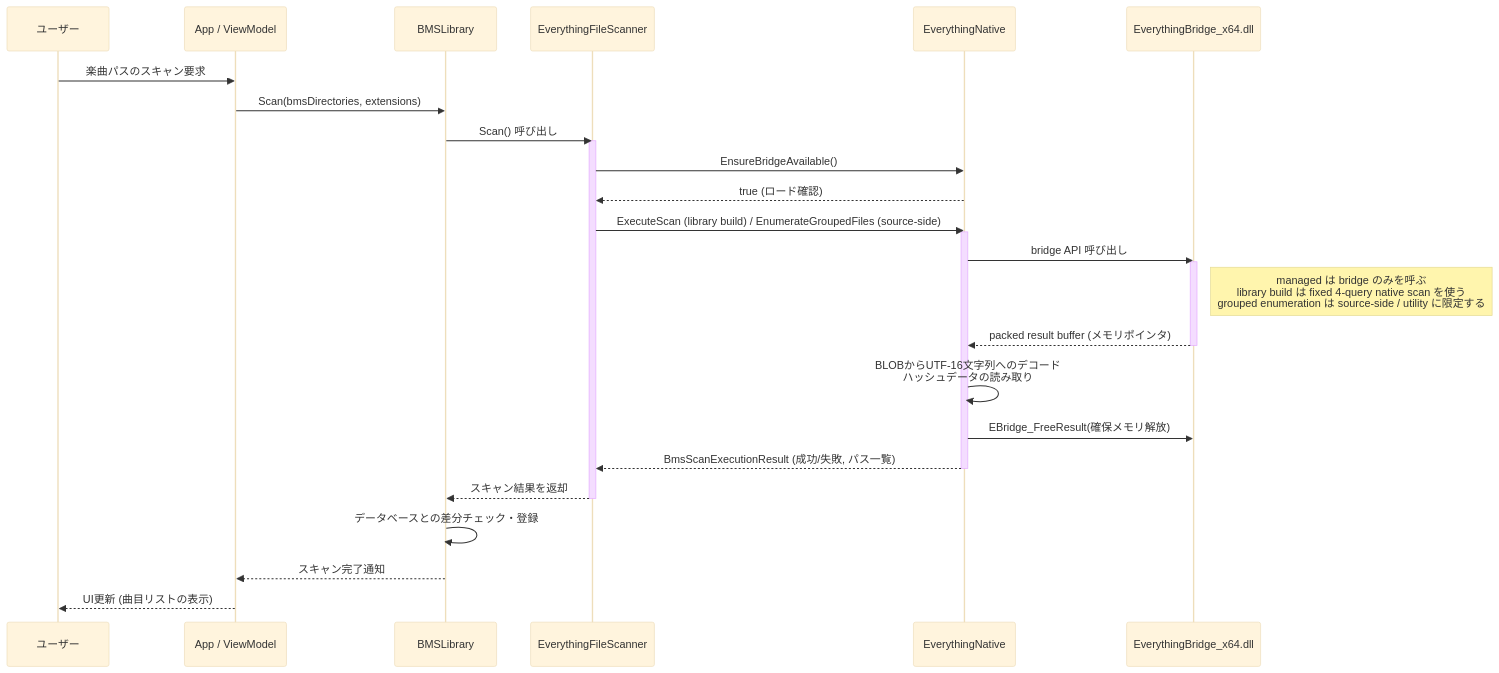
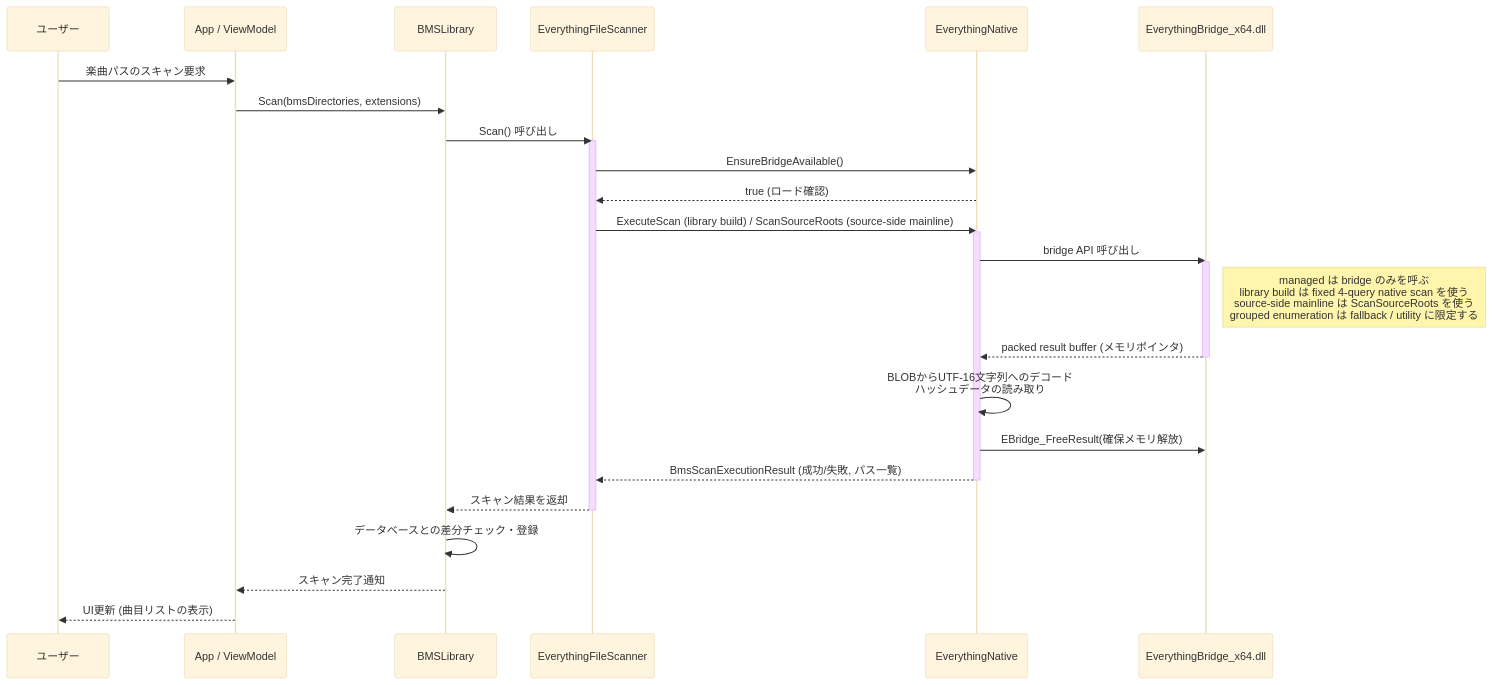
The second of 2 diagrams in devdocs/spec/TECH_SPEC.ja.md (Neeted/bemusicseeker-unofficial-fork), drawn with Mermaid (base theme) before and after one commit. The commit also changed other lines of this file and 22 other files, not shown here.

````diff
--- a/devdocs/spec/TECH_SPEC.ja.md
+++ b/devdocs/spec/TECH_SPEC.ja.md
@@ -57,40 +57,40 @@
 ```mermaid
 sequenceDiagram
     participant User as ユーザー
     participant App as App / ViewModel
     participant BMSLib as BMSLibrary
     participant EScanner as EverythingFileScanner
     participant ENative as EverythingNative
     participant EBridge as EverythingBridge_x64.dll
     
     User->>App: 楽曲パスのスキャン要求
     App->>BMSLib: Scan(bmsDirectories, extensions)
     
     BMSLib->>EScanner: Scan() 呼び出し
     activate EScanner
     
     EScanner->>ENative: EnsureBridgeAvailable()
     ENative-->>EScanner: true (ロード確認)
     
-    EScanner->>ENative: ExecuteScan (library build) / EnumerateGroupedFiles (source-side)
+    EScanner->>ENative: ExecuteScan (library build) / ScanSourceRoots (source-side mainline)
     activate ENative
     
     ENative->>EBridge: bridge API 呼び出し
     activate EBridge
-    Note right of EBridge: managed は bridge のみを呼ぶ<br/>library build は fixed 4-query native scan を使う<br/>grouped enumeration は source-side / utility に限定する
+    Note right of EBridge: managed は bridge のみを呼ぶ<br/>library build は fixed 4-query native scan を使う<br/>source-side mainline は ScanSourceRoots を使う<br/>grouped enumeration は fallback / utility に限定する
     EBridge-->>ENative: packed result buffer (メモリポインタ)
     deactivate EBridge
     
     ENative->>ENative: BLOBからUTF-16文字列へのデコード<br/>ハッシュデータの読み取り
     ENative->>EBridge: EBridge_FreeResult(確保メモリ解放)
     
     ENative-->>EScanner: BmsScanExecutionResult (成功/失敗, パス一覧)
     deactivate ENative
     
     EScanner-->>BMSLib: スキャン結果を返却
     deactivate EScanner
     
     BMSLib->>BMSLib: データベースとの差分チェック・登録
     BMSLib-->>App: スキャン完了通知
     App-->>User: UI更新 (曲目リストの表示)
 ```
````
